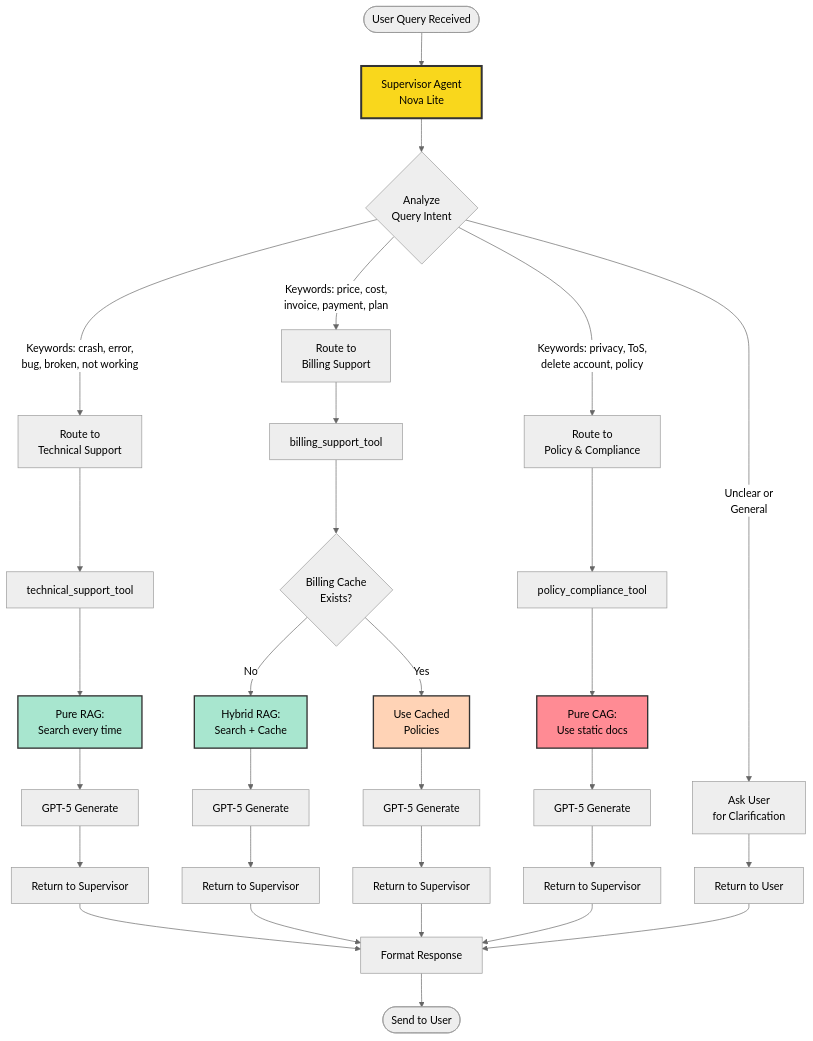
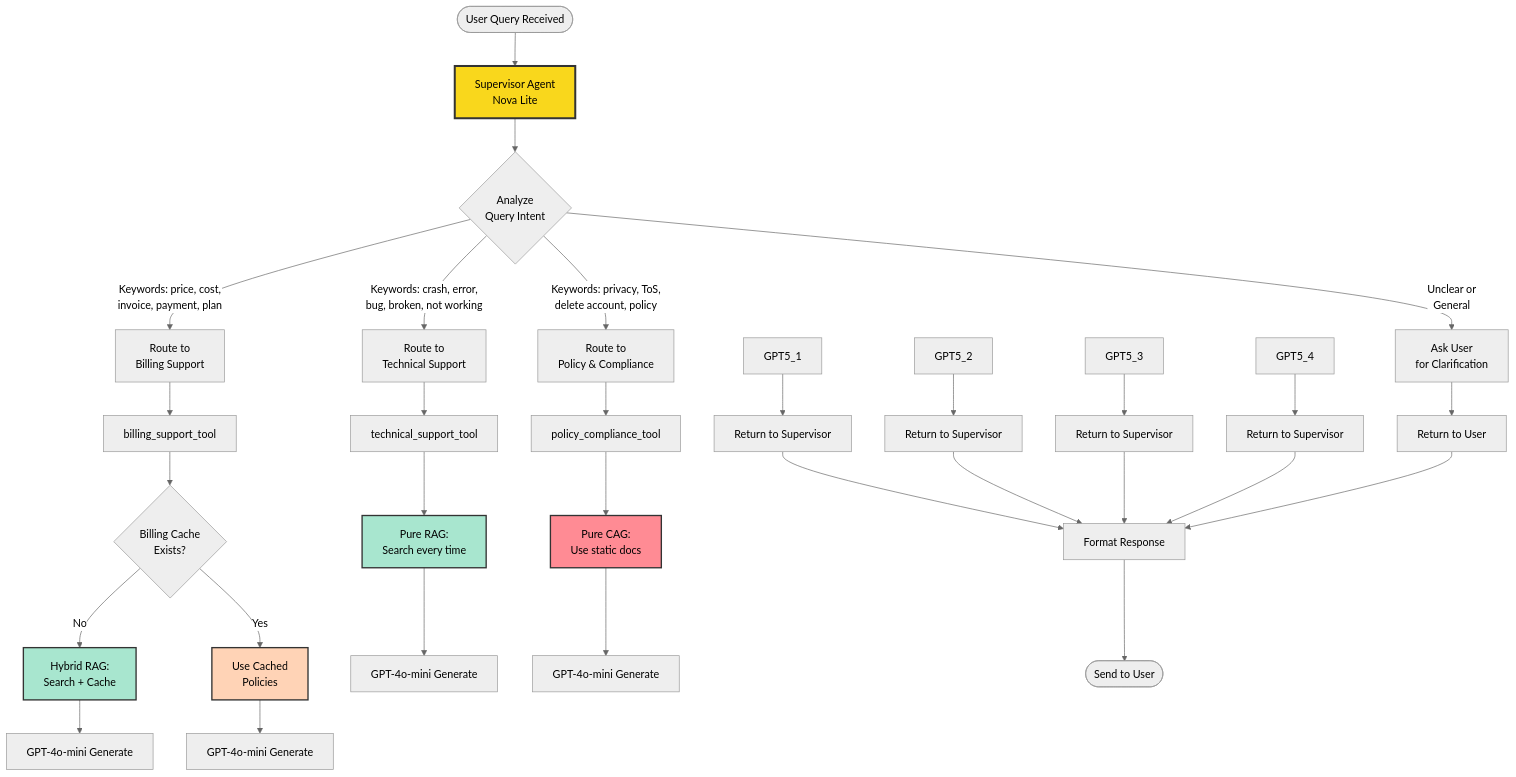
One commit to Graceli95/Agentic_Customer_Project1 changed the third of 8 diagrams in FLOWCHARTS.md. Above: the diagram before and after it, drawn with Mermaid (neutral theme). The commit also changed other lines of this file and 11 other files, not shown here.

````diff
--- a/FLOWCHARTS.md
+++ b/FLOWCHARTS.md
@@ -129,47 +137,47 @@
 ```mermaid
 graph TD
     Start([User Query Received]) --> Super[Supervisor Agent<br/>Nova Lite]
     
     Super --> Analyze{Analyze<br/>Query Intent}
     
     Analyze -->|Keywords: crash, error,<br/>bug, broken, not working| Tech[Route to<br/>Technical Support]
     Analyze -->|Keywords: price, cost,<br/>invoice, payment, plan| Bill[Route to<br/>Billing Support]
     Analyze -->|Keywords: privacy, ToS,<br/>delete account, policy| Pol[Route to<br/>Policy & Compliance]
     Analyze -->|Unclear or<br/>General| Clarify[Ask User<br/>for Clarification]
     
     Tech --> TechTool[technical_support_tool]
     Bill --> BillTool[billing_support_tool]
     Pol --> PolTool[policy_compliance_tool]
     
     TechTool --> TechRAG[Pure RAG:<br/>Search every time]
     BillTool --> BillCheck{Billing Cache<br/>Exists?}
     PolTool --> PolCAG[Pure CAG:<br/>Use static docs]
     
     BillCheck -->|No| BillRAG[Hybrid RAG:<br/>Search + Cache]
     BillCheck -->|Yes| BillCAG[Use Cached<br/>Policies]
     
-    TechRAG --> GPT5_1[GPT-5 Generate]
-    BillRAG --> GPT5_2[GPT-5 Generate]
-    BillCAG --> GPT5_3[GPT-5 Generate]
-    PolCAG --> GPT5_4[GPT-5 Generate]
+    TechRAG --> GPT4o_1[GPT-4o-mini Generate]
+    BillRAG --> GPT4o_2[GPT-4o-mini Generate]
+    BillCAG --> GPT4o_3[GPT-4o-mini Generate]
+    PolCAG --> GPT4o_4[GPT-4o-mini Generate]
     
     GPT5_1 --> Return1[Return to Supervisor]
     GPT5_2 --> Return2[Return to Supervisor]
     GPT5_3 --> Return3[Return to Supervisor]
     GPT5_4 --> Return4[Return to Supervisor]
     Clarify --> Return5[Return to User]
     
     Return1 --> Format[Format Response]
     Return2 --> Format
     Return3 --> Format
     Return4 --> Format
     Return5 --> Format
     
     Format --> End([Send to User])
     
     style Super fill:#f9d71c,stroke:#333,stroke-width:3px
     style TechRAG fill:#a8e6cf,stroke:#333,stroke-width:2px
     style BillRAG fill:#a8e6cf,stroke:#333,stroke-width:2px
     style BillCAG fill:#ffd3b6,stroke:#333,stroke-width:2px
     style PolCAG fill:#ff8b94,stroke:#333,stroke-width:2px
 ```
````
